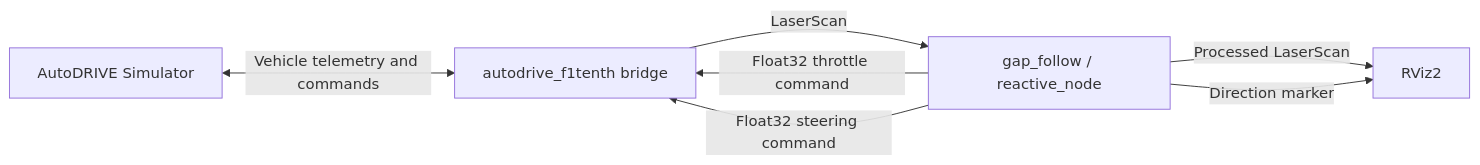
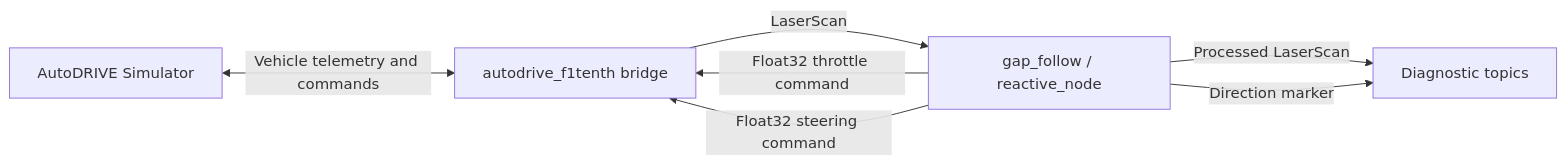
The diagram in Tutorial 4: Follow the Gap Controller.md (nabihandres/AUTODRIVE), drawn with Mermaid before and after one commit. The commit also changed other lines of this file, not shown here.

````diff
--- a/Tutorial 4: Follow the Gap Controller.md
+++ b/Tutorial 4: Follow the Gap Controller.md
@@ -318,12 +295,12 @@
 ```mermaid
 flowchart LR
     SIM[AutoDRIVE Simulator] <-->|Vehicle telemetry and commands| BRIDGE[autodrive_f1tenth bridge]
 
     BRIDGE -->|LaserScan| FTG[gap_follow / reactive_node]
 
     FTG -->|Float32 throttle command| BRIDGE
     FTG -->|Float32 steering command| BRIDGE
 
-    FTG -->|Processed LaserScan| RVIZ[RViz2]
-    FTG -->|Direction marker| RVIZ
+    FTG -->|Processed LaserScan| DEBUG[Diagnostic topics]
+    FTG -->|Direction marker| DEBUG
 ```
````
